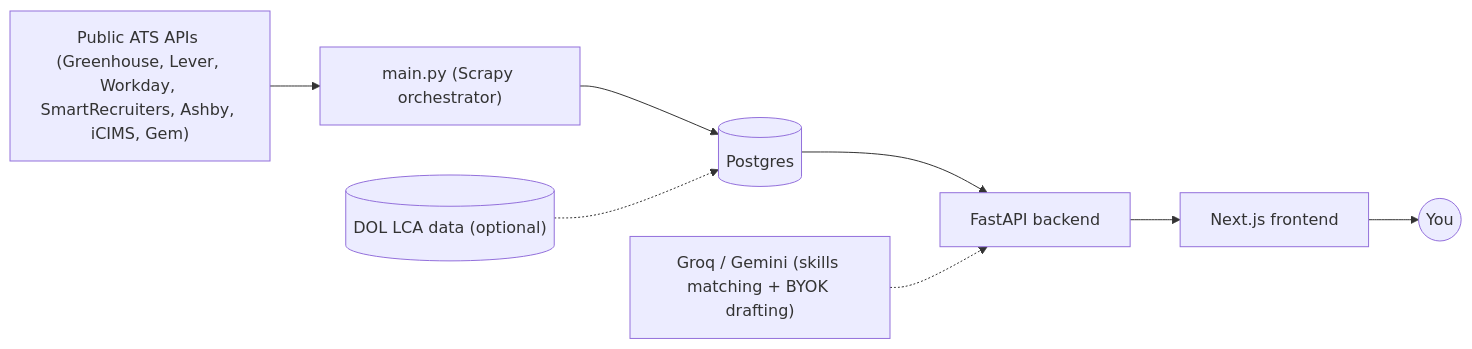
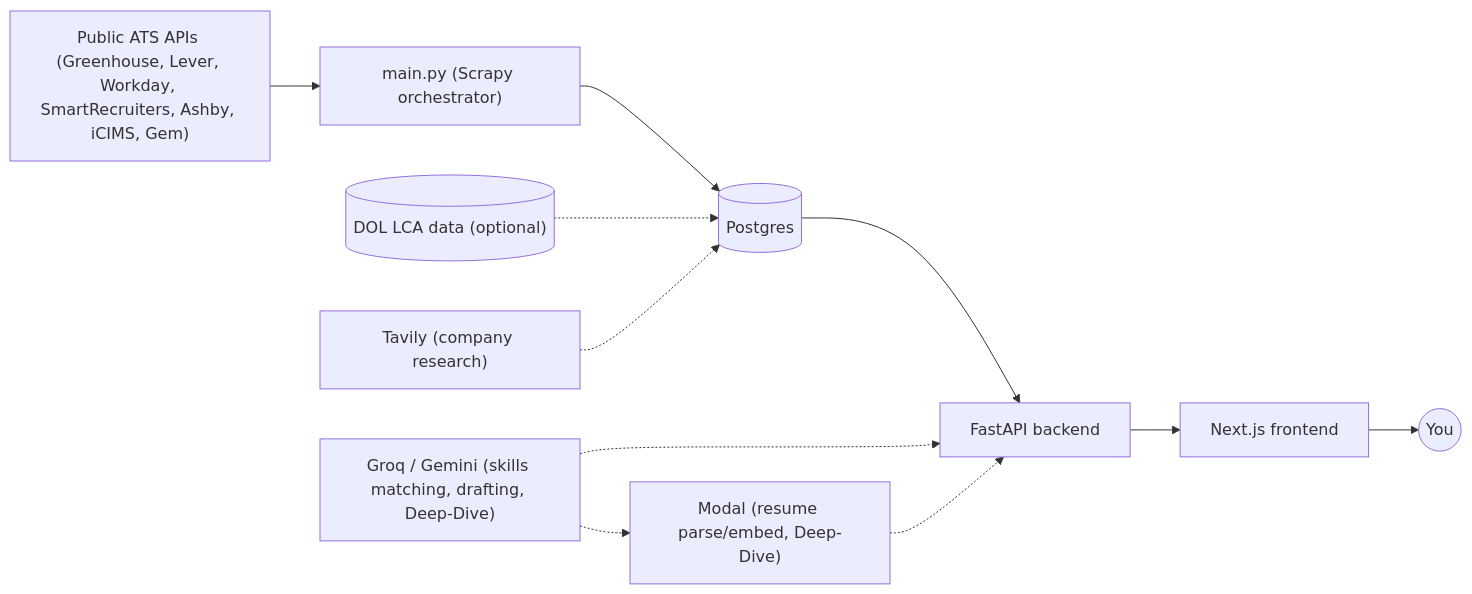
Before and after one commit to Niramay-Kelkar/HuntLoop: the diagram in README.md, drawn with Mermaid. The commit also changed other lines of this file and 4 other files, not shown here.

````diff
--- a/README.md
+++ b/README.md
@@ -79,17 +95,22 @@
 ```mermaid
 flowchart LR
     ATS["Public ATS APIs (Greenhouse, Lever, Workday, SmartRecruiters, Ashby, iCIMS, Gem)"]
     Scraper["main.py (Scrapy orchestrator)"]
     DB[(Postgres)]
     API["FastAPI backend"]
     FE["Next.js frontend"]
     LCA[("DOL LCA data (optional)")]
-    LLM["Groq / Gemini (skills matching + BYOK drafting)"]
+    LLM["Groq / Gemini (skills matching, drafting, Deep-Dive)"]
+    Modal["Modal (resume parse/embed, Deep-Dive)"]
+    Tavily["Tavily (company research)"]
     You(("You"))
 
     ATS --> Scraper --> DB
     LCA -.-> DB
+    Tavily -.-> DB
     DB --> API
     LLM -.-> API
+    Modal -.-> API
+    LLM -.-> Modal
     API --> FE --> You
 ```
````
